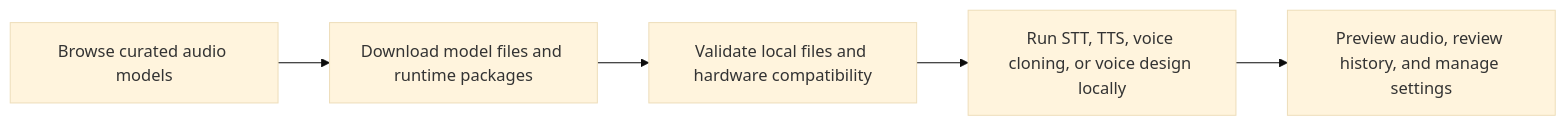
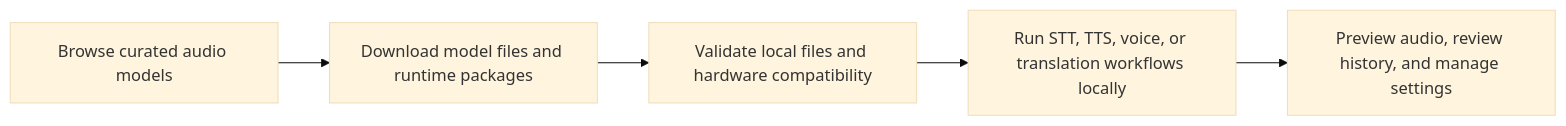
The diagram in README.md (dduongtrandai/LA-Studio), drawn with Mermaid (base theme) before and after one commit. The commit also changed other lines of this file, not shown here.

Commit message:
feat: Update README to include Translation Studio features and enhancements

````diff
--- a/README.md
+++ b/README.md
@@ -114,7 +120,7 @@
 ```mermaid
 flowchart LR
     A["Browse curated audio models"] --> B["Download model files and runtime packages"]
     B --> C["Validate local files and hardware compatibility"]
-    C --> D["Run STT, TTS, voice cloning, or voice design locally"]
+    C --> D["Run STT, TTS, voice, or translation workflows locally"]
     D --> E["Preview audio, review history, and manage settings"]
 ```
````
